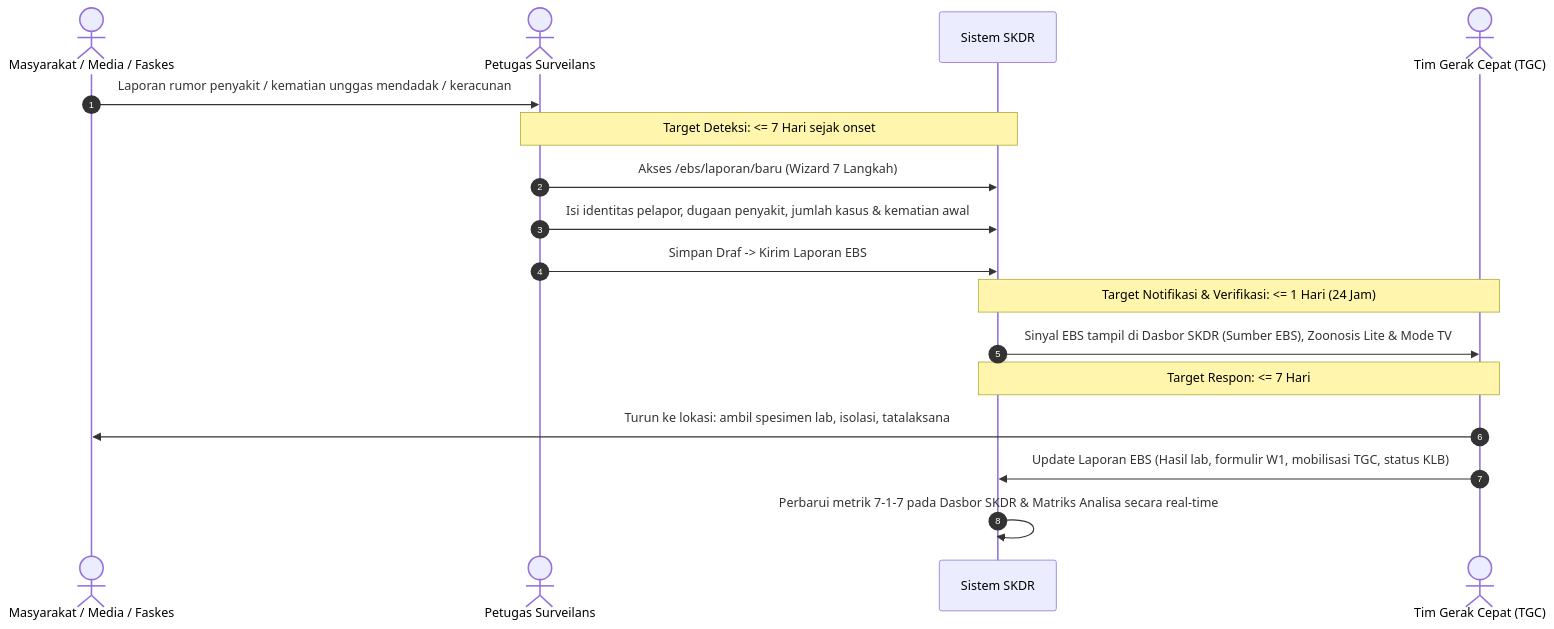
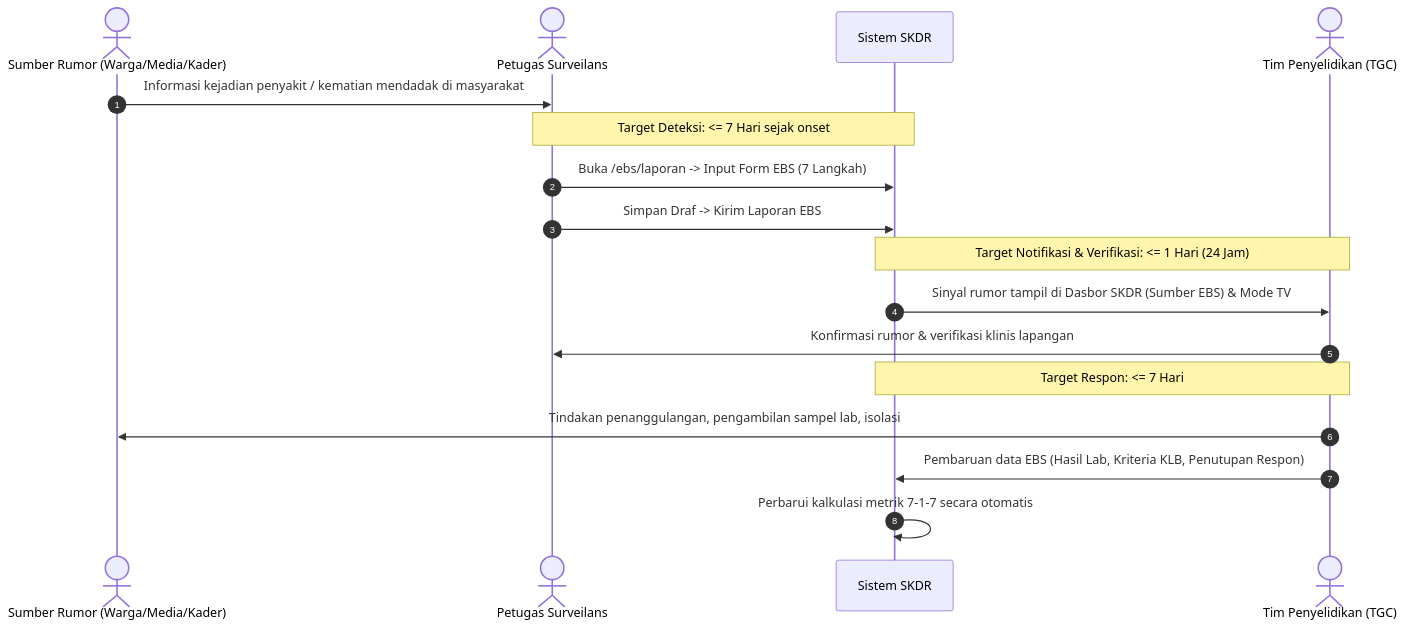
Before and after one commit to cuatiawww/skdr-indonesia: the fourth of 7 diagrams in docs/BRD_SRS_FITUR_FORM_DAN_DASBOR.md, drawn with Mermaid. The commit also changed other lines of this file and 2 other files, not shown here.

Commit message:
docs: perbarui spesifikasi kebutuhan bisnis dan sistem (BRD/SRS) versi 2.0

````diff
--- a/docs/BRD_SRS_FITUR_FORM_DAN_DASBOR.md
+++ b/docs/BRD_SRS_FITUR_FORM_DAN_DASBOR.md
@@ -436,20 +351,20 @@
 ```mermaid
 sequenceDiagram
     autonumber
-    actor M as Masyarakat / Media / Faskes
+    actor M as Sumber Rumor (Warga/Media/Kader)
     actor P as Petugas Surveilans
     participant S as Sistem SKDR
-    actor TGC as Tim Gerak Cepat (TGC)
+    actor TGC as Tim Penyelidikan (TGC)
 
-    M->>P: Laporan rumor penyakit / kematian unggas mendadak / keracunan
+    M->>P: Informasi kejadian penyakit / kematian mendadak di masyarakat
     Note over P,S: Target Deteksi: <= 7 Hari sejak onset
-    P->>S: Akses /ebs/laporan/baru (Wizard 7 Langkah)
-    P->>S: Isi identitas pelapor, dugaan penyakit, jumlah kasus & kematian awal
+    P->>S: Buka /ebs/laporan -> Input Form EBS (7 Langkah)
     P->>S: Simpan Draf -> Kirim Laporan EBS
     Note over S,TGC: Target Notifikasi & Verifikasi: <= 1 Hari (24 Jam)
-    S->>TGC: Sinyal EBS tampil di Dasbor SKDR (Sumber EBS), Zoonosis Lite & Mode TV
+    S->>TGC: Sinyal rumor tampil di Dasbor SKDR (Sumber EBS) & Mode TV
+    TGC->>P: Konfirmasi rumor & verifikasi klinis lapangan
     Note over TGC,S: Target Respon: <= 7 Hari
-    TGC->>M: Turun ke lokasi: ambil spesimen lab, isolasi, tatalaksana
-    TGC->>S: Update Laporan EBS (Hasil lab, formulir W1, mobilisasi TGC, status KLB)
-    S->>S: Perbarui metrik 7-1-7 pada Dasbor SKDR & Matriks Analisa secara real-time
+    TGC->>M: Tindakan penanggulangan, pengambilan sampel lab, isolasi
+    TGC->>S: Pembaruan data EBS (Hasil Lab, Kriteria KLB, Penutupan Respon)
+    S->>S: Perbarui kalkulasi metrik 7-1-7 secara otomatis
 ```
````
